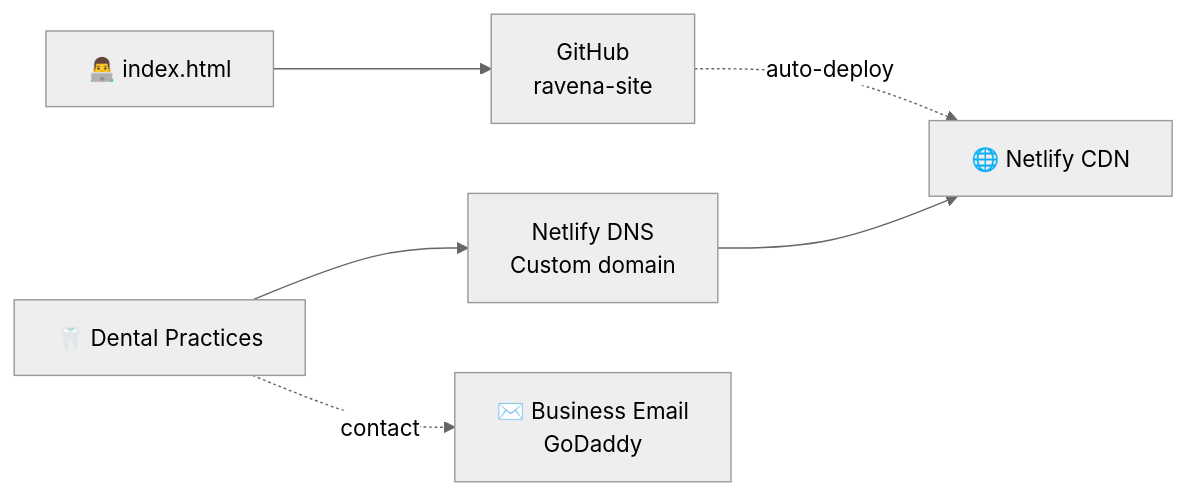
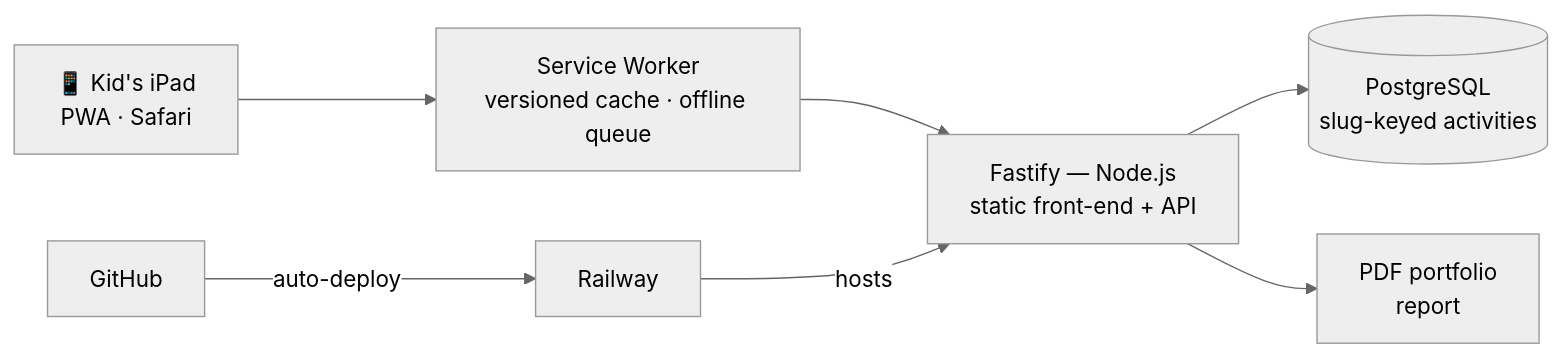
One commit to willgouveiaa/willgouveiaa changed the ninth of 10 diagrams in README.md. Above: the diagram before and after it, drawn with Mermaid (neutral theme). The commit also changed other lines of this file, not shown here.

First line of the commit message:
Revise architecture diagrams and project details

````diff
--- a/README.md
+++ b/README.md
@@ -357,8 +321,9 @@
 ```mermaid
 flowchart LR
-    DEV["👨‍💻 index.html"] --> GH["GitHub<br/>ravena-site"]
-    GH -. auto-deploy .-> NL["🌐 Netlify CDN"]
-    V["🦷 Dental Practices"] --> DNS["Netlify DNS<br/>Custom domain"]
-    DNS --> NL
-    V -. contact .-> MAIL["✉️ Business Email<br/>GoDaddy"]
+    IP["📱 Kid's iPad<br/>PWA · Safari"] --> SW["Service Worker<br/>versioned cache · offline queue"]
+    SW --> FA["Fastify — Node.js<br/>static front-end + API"]
+    GH[GitHub] -->|auto-deploy| RW[Railway]
+    RW -->|hosts| FA
+    FA --> PG[("PostgreSQL<br/>slug-keyed activities")]
+    FA --> PDF["PDF portfolio<br/>report"]
 ```
````
